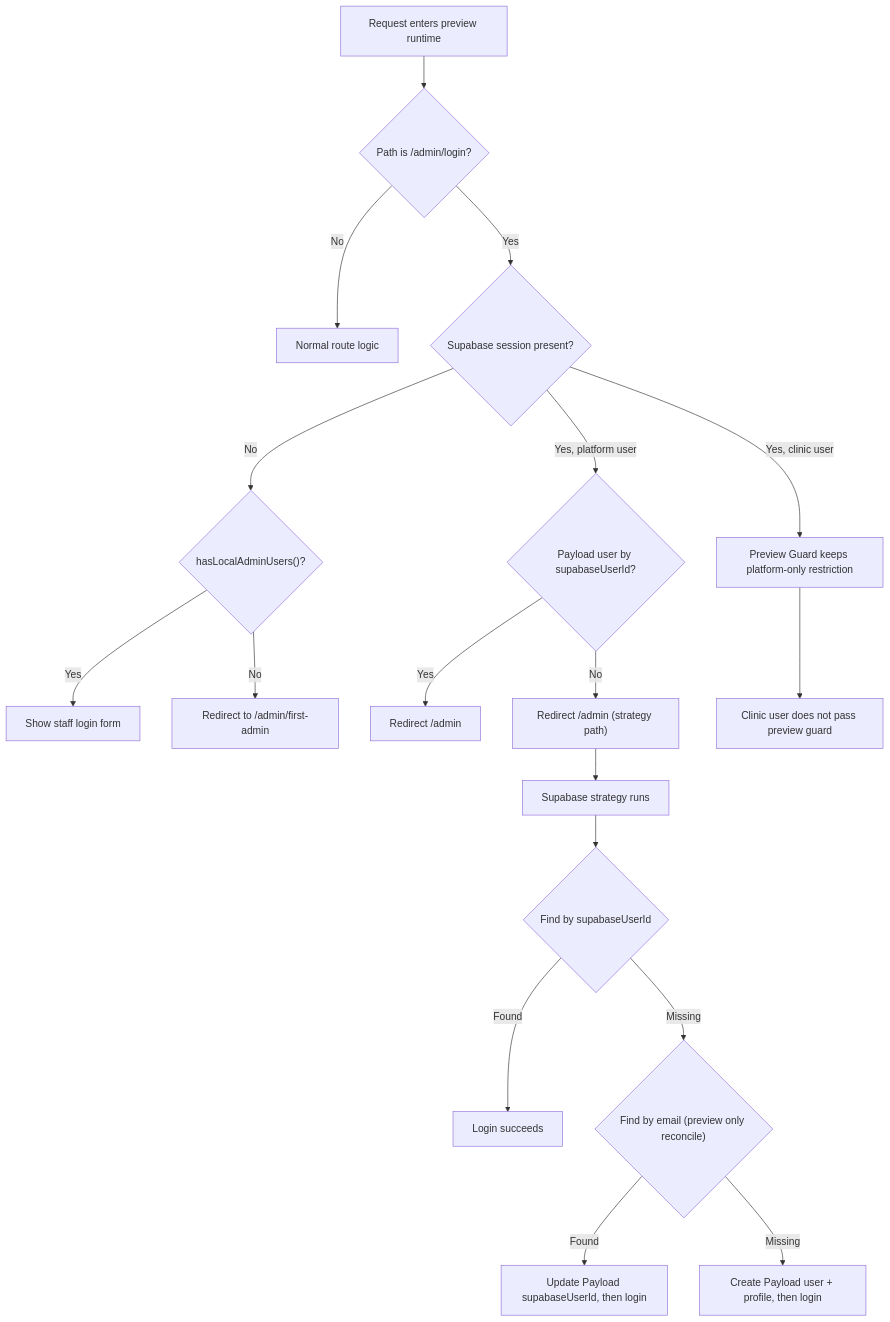
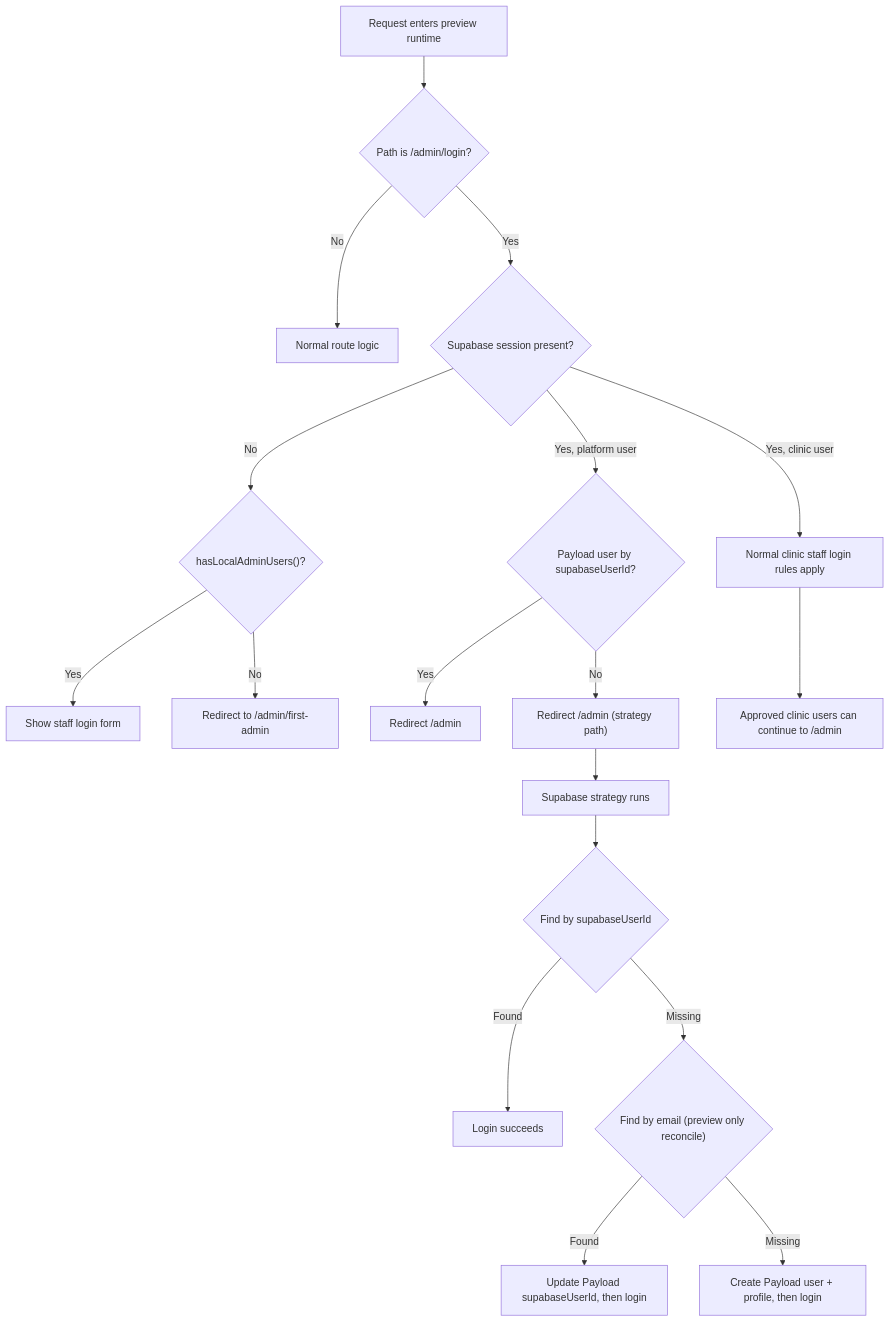
The first of 2 diagrams in src/auth/README.md (findmydoc-platform/website), drawn with Mermaid before and after one commit. The commit also changed other lines of this file and 12 other files, not shown here.

````diff
--- a/src/auth/README.md
+++ b/src/auth/README.md
@@ -93,23 +94,23 @@
 ```mermaid
 flowchart TD
   A["Request enters preview runtime"] --> B{"Path is /admin/login?"}
   B -- "No" --> Z["Normal route logic"]
   B -- "Yes" --> C{"Supabase session present?"}
   C -- "No" --> D{"hasLocalAdminUsers()?"}
   D -- "Yes" --> E["Show staff login form"]
   D -- "No" --> F["Redirect to /admin/first-admin"]
 
   C -- "Yes, platform user" --> G{"Payload user by supabaseUserId?"}
   G -- "Yes" --> H["Redirect /admin"]
   G -- "No" --> I["Redirect /admin (strategy path)"]
 
   I --> J["Supabase strategy runs"]
   J --> K{"Find by supabaseUserId"}
   K -- "Found" --> L["Login succeeds"]
   K -- "Missing" --> M{"Find by email (preview only reconcile)"}
   M -- "Found" --> N["Update Payload supabaseUserId, then login"]
   M -- "Missing" --> O["Create Payload user + profile, then login"]
 
-  C -- "Yes, clinic user" --> P["Preview Guard keeps platform-only restriction"]
-  P --> Q["Clinic user does not pass preview guard"]
+  C -- "Yes, clinic user" --> P["Normal clinic staff login rules apply"]
+  P --> Q["Approved clinic users can continue to /admin"]
 ```
````
